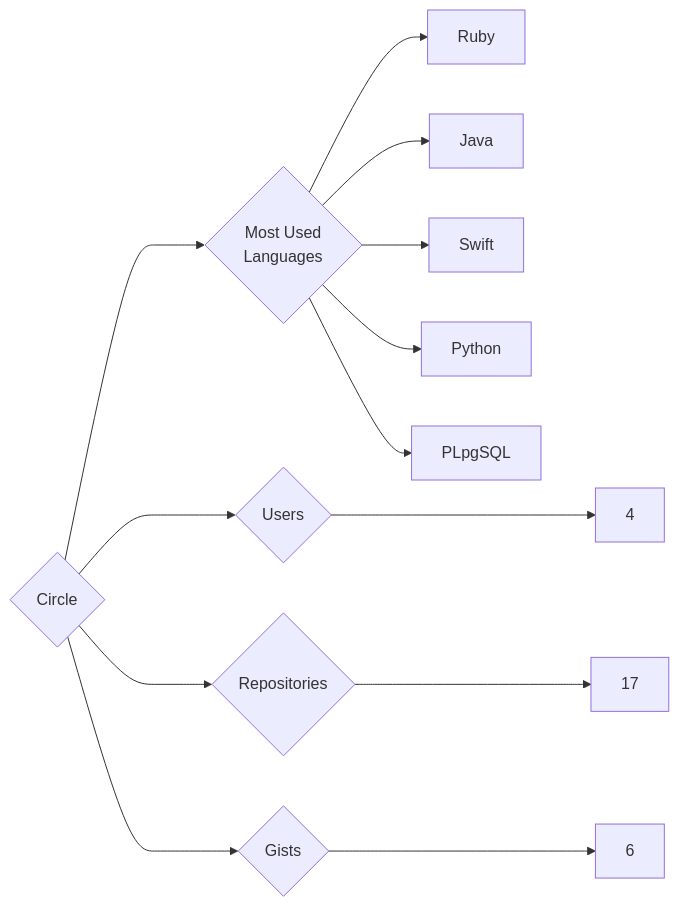
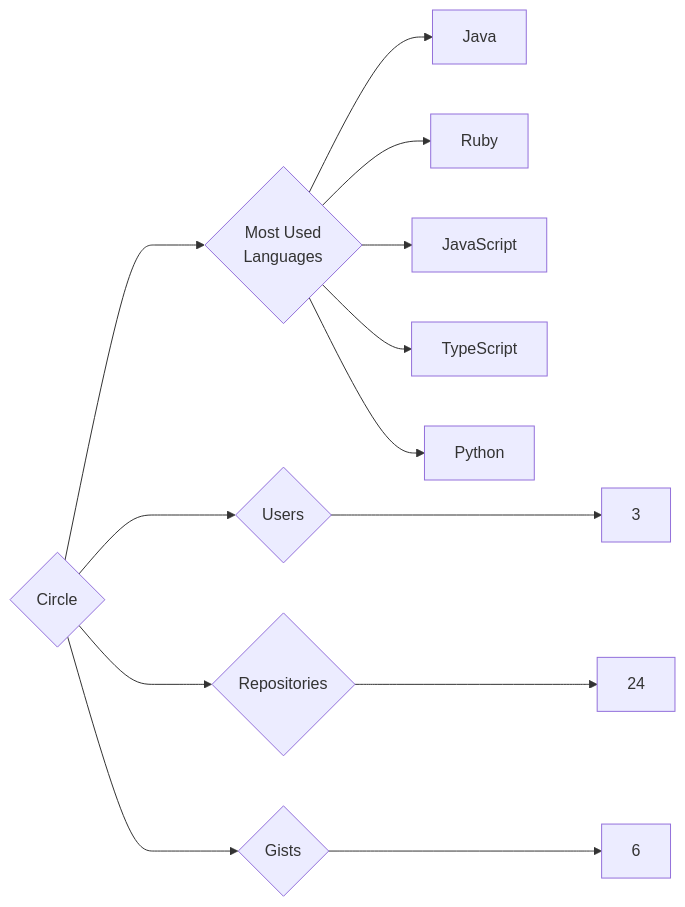
The diagram in targets/Circle/README.md (trickest/insiders), drawn with Mermaid before and after one commit. The commit also changed 1055 other files, not shown here.

````diff
--- a/targets/Circle/README.md
+++ b/targets/Circle/README.md
@@ -3,13 +3,13 @@
 ```mermaid
 graph LR
 COMPANY_NAME{Circle}
-COMPANY_NAME ---> U{Users} ---> UN[4]
-COMPANY_NAME ---> R{Repositories} ---> RN[17]
+COMPANY_NAME ---> U{Users} ---> UN[3]
+COMPANY_NAME ---> R{Repositories} ---> RN[24]
 COMPANY_NAME ---> G{Gists} ---> GN[6]
 COMPANY_NAME ---> ML{Most Used<br>Languages}
+ML --> Java[Java]
 ML --> Ruby[Ruby]
-ML --> Java[Java]
-ML --> Swift[Swift]
+ML --> JavaScript[JavaScript]
+ML --> TypeScript[TypeScript]
 ML --> Python[Python]
-ML --> PLpgSQL[PLpgSQL]
 ```
````
